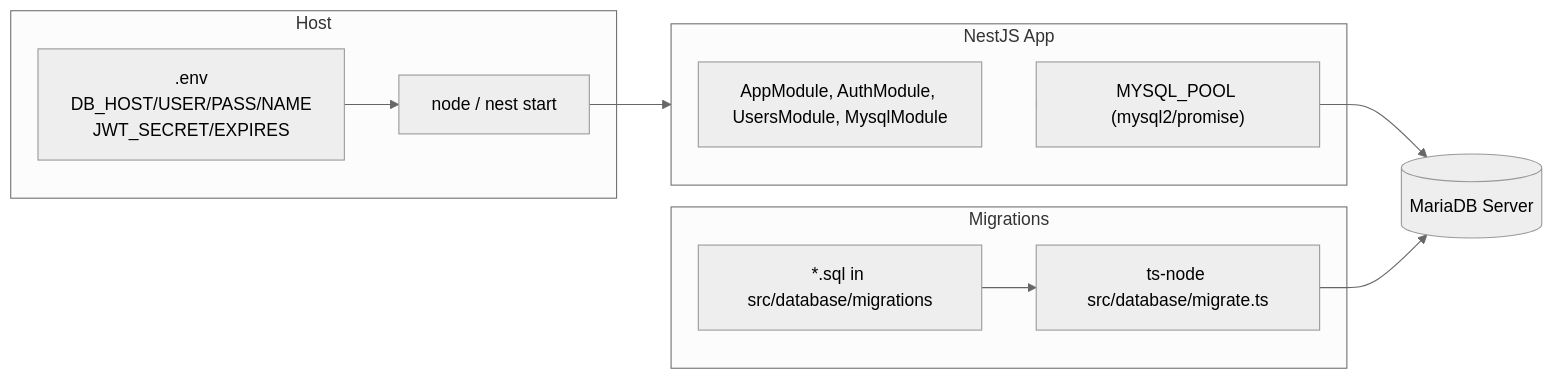
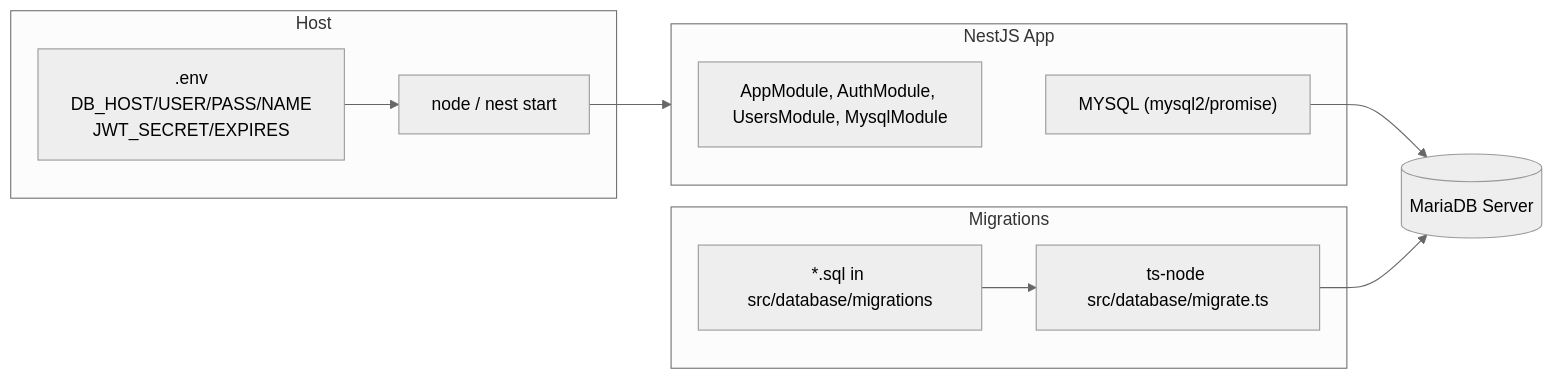
The seventh of 7 diagrams in README.md (itsnothuy/NestJS-BookLibrary), drawn with Mermaid (neutral theme) before and after one commit. The commit also changed other lines of this file and 7 other files, not shown here.

````diff
--- a/README.md
+++ b/README.md
@@ -185,25 +185,25 @@
 ```mermaid
 flowchart LR
   subgraph Host
     ENV[".env<br/>DB_HOST/USER/PASS/NAME<br/>JWT_SECRET/EXPIRES"]
     Proc["node / nest start"]
   end
 
   subgraph App["NestJS App"]
     Mods["AppModule, AuthModule, UsersModule, MysqlModule"]
-    Pool["MYSQL_POOL (mysql2/promise)"]
+    Pool["MYSQL (mysql2/promise)"]
   end
 
   MariaDB[(MariaDB Server)]
 
   ENV --> Proc
   Proc --> App
   App --> Pool --> MariaDB
 
   subgraph Migrations
     Runner["ts-node src/database/migrate.ts"]
     Files["*.sql in src/database/migrations"]
   end
   Runner --> MariaDB
   Files --> Runner
 ```
````
